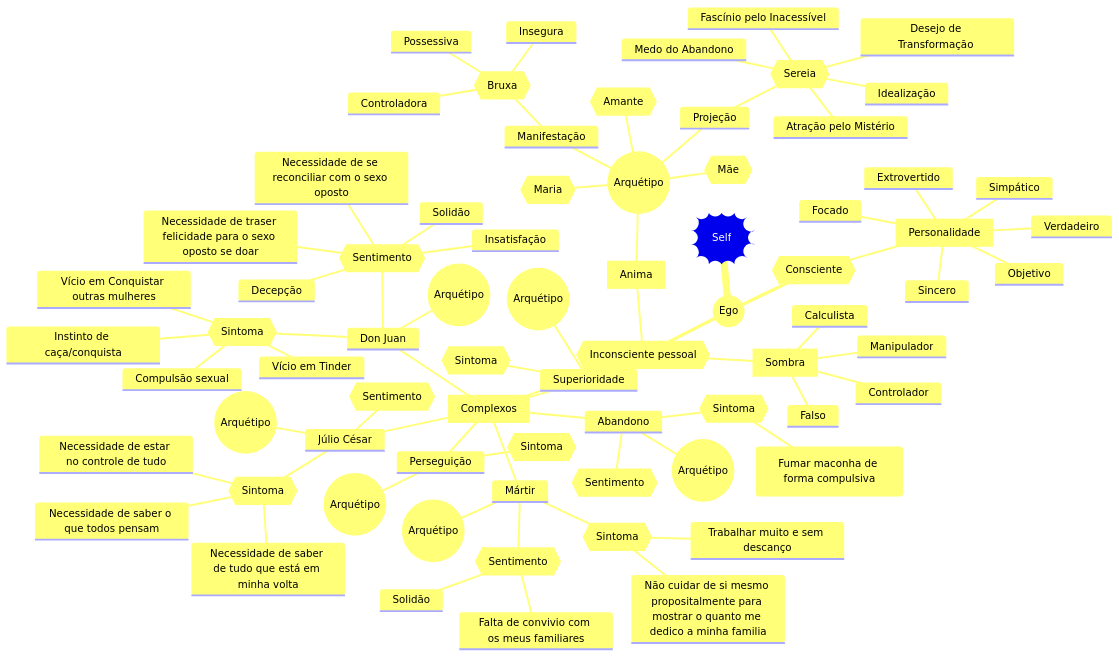
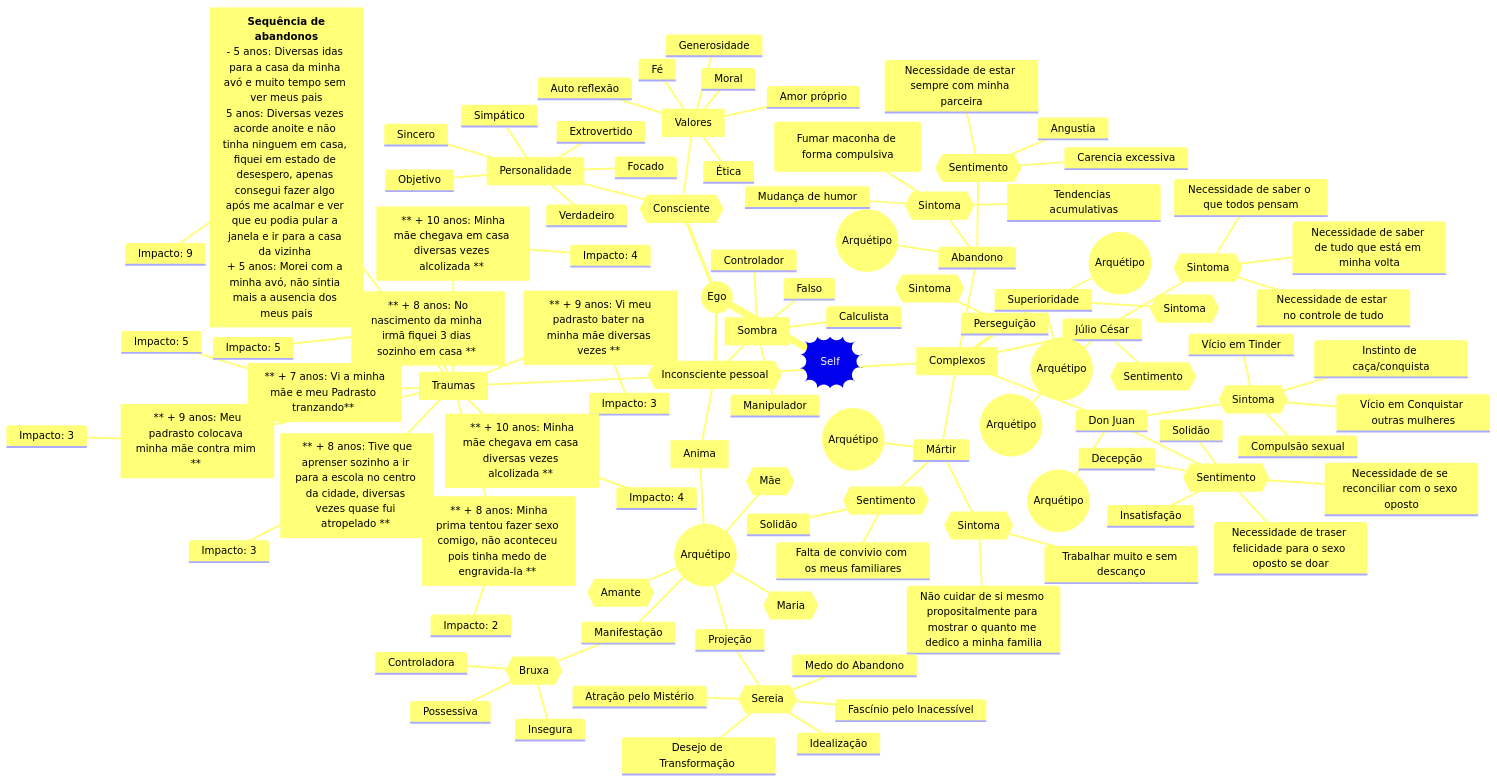
One commit to GovindaSystems/SoulPrint changed the diagram in SoulMap.md. Above: the diagram before and after it, drawn with Mermaid. The commit also changed other lines of this file, not shown here.

````diff
--- a/SoulMap.md
+++ b/SoulMap.md
@@ -17,6 +17,13 @@
                 Objetivo
                 Sincero
                 Verdadeiro
+            [Valores]
+                Amor próprio
+                Ética
+                Moral
+                Fé
+                Generosidade
+                Auto reflexão
         {{Inconsciente pessoal}}
             [Complexos]
             ::icon(fas fa-yin-yang)
@@ -25,7 +32,12 @@
                     ((Arquétipo))
                     {{Sintoma}}
                         Vício (Fumar maconha de forma compulsiva)
+                        Mudança de humor
+                        Tendencias acumulativas
                     {{Sentimento}}
+                        Carencia excessiva
+                        Angustia
+                        Necessidade de estar sempre com minha parceira
                 Mártir
                 ::icon(far fa-play-circle)
                     ((Arquétipo))
@@ -87,5 +99,27 @@
                 Manipulador
                 Calculista
                 Controlador
+            [Traumas]
+                ["` **Sequência de abandonos**
+                - 5 anos: Diversas idas para a casa da minha avó e muito tempo sem ver meus pais
+                5 anos: Diversas vezes acorde anoite e não tinha ninguem em casa, fiquei em estado de desespero, apenas consegui fazer algo após me acalmar e ver que eu podia pular a janela e ir para a casa da vizinha 
+                + 5 anos: Morei com a minha avó, não sintia mais a ausencia dos meus pais`"]
+                    Impacto: 9
+                ["` ** + 7 anos: Vi a minha mãe e meu Padrasto tranzando** `"]
+                    Impacto: 5
+                ["` ** + 8 anos: Minha prima tentou fazer sexo comigo, não aconteceu pois tinha medo de engravida-la ** `"]
+                    Impacto: 2
+                ["` ** + 8 anos: Tive que aprenser sozinho a ir para a escola no centro da cidade, diversas vezes quase fui atropelado ** `"]
+                    Impacto: 3                    
+                ["` ** + 8 anos: No nascimento da minha irmã fiquei 3 dias sozinho em casa ** `"]
+                    Impacto: 5
+                ["` ** + 9 anos: Vi meu padrasto bater na minha mãe diversas vezes ** `"]
+                    Impacto: 3
+                ["` ** + 9 anos: Meu padrasto colocava minha mãe contra mim ** `"]
+                    Impacto: 3
+                ["` ** + 10 anos: Minha mãe chegava em casa diversas vezes alcolizada ** `"]
+                    Impacto: 4
+                ["` ** + 10 anos: Minha mãe chegava em casa diversas vezes alcolizada ** `"]
+                    Impacto: 4
 
 ```
````
